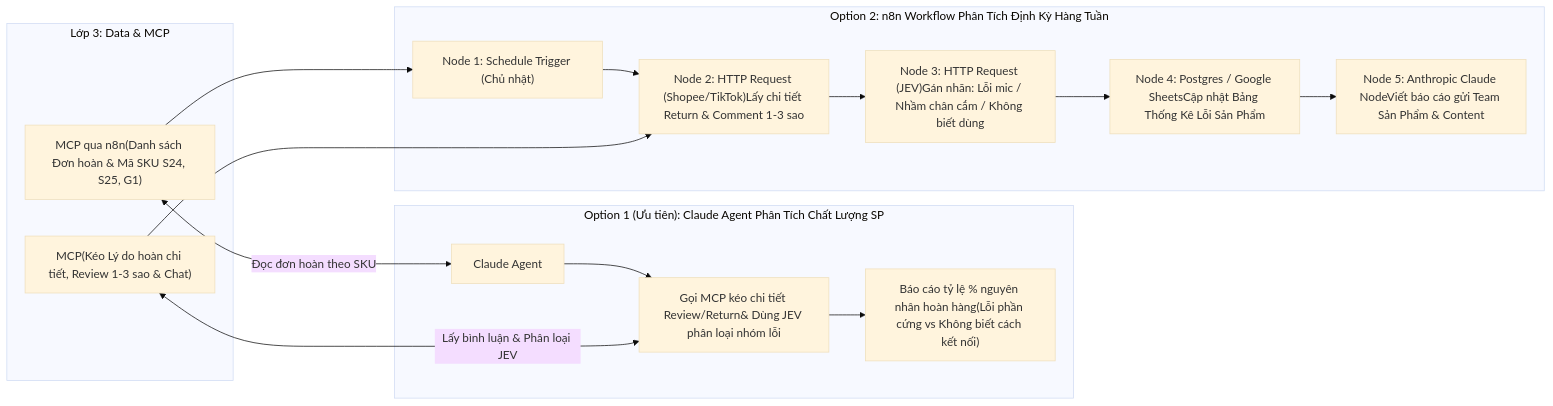
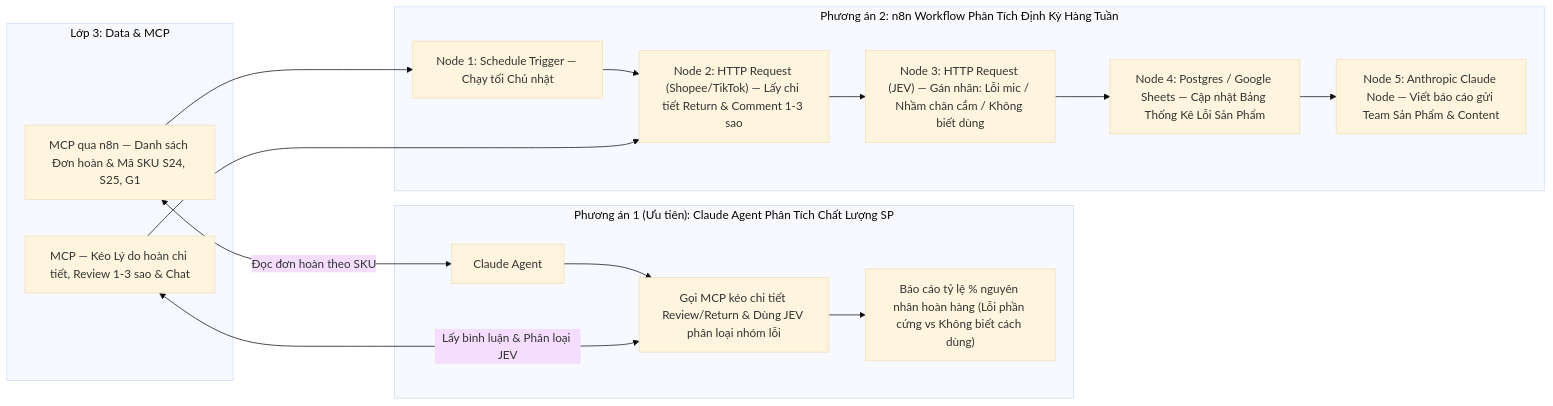
The eighth of 17 diagrams in SYSTEM_ARCHITECTURE.md (hattorimkk/api-docs), drawn with Mermaid (base theme) before and after one commit. The commit also changed other lines of this file, not shown here.

````diff
--- a/SYSTEM_ARCHITECTURE.md
+++ b/SYSTEM_ARCHITECTURE.md
@@ -500,29 +657,29 @@
 ```mermaid
 flowchart LR
-    subgraph L3_RET["Lớp 3: Data & MCP"]
-        R_DATA["MCP qua n8n(Danh sách Đơn hoàn & Mã SKU S24, S25, G1)"]
-        R_API["MCP(Kéo Lý do hoàn chi tiết, Review 1-3 sao & Chat)"]
+    subgraph L3_2C["Lớp 3: Data & MCP"]
+        R_DATA2C["MCP qua n8n — Danh sách Đơn hoàn & Mã SKU S24, S25, G1"]
+        R_API2C["MCP — Kéo Lý do hoàn chi tiết, Review 1-3 sao & Chat"]
     end
 
-    subgraph OPT1_RET["Option 1 (Ưu tiên): Claude Agent Phân Tích Chất Lượng SP"]
-        CLAUDE_R["Claude Agent"]
-        CALL_JEV_R["Gọi MCP kéo chi tiết Review/Return& Dùng JEV phân loại nhóm lỗi"]
-        OUT_R["Báo cáo tỷ lệ % nguyên nhân hoàn hàng(Lỗi phần cứng vs Không biết cách kết nối)"]
-        CLAUDE_R --> CALL_JEV_R --> OUT_R
+    subgraph OPT1_2C["Phương án 1 (Ưu tiên): Claude Agent Phân Tích Chất Lượng SP"]
+        CLAUDE_2C["Claude Agent"]
+        CALL_JEV_2C["Gọi MCP kéo chi tiết Review/Return & Dùng JEV phân loại nhóm lỗi"]
+        OUT_2C["Báo cáo tỷ lệ % nguyên nhân hoàn hàng (Lỗi phần cứng vs Không biết cách dùng)"]
+        CLAUDE_2C --> CALL_JEV_2C --> OUT_2C
     end
 
-    subgraph OPT2_RET["Option 2: n8n Workflow Phân Tích Định Kỳ Hàng Tuần"]
-        NR1["Node 1: Schedule Trigger (Chủ nhật)"]
-        NR2["Node 2: HTTP Request (Shopee/TikTok)Lấy chi tiết Return & Comment 1-3 sao"]
-        NR3["Node 3: HTTP Request (JEV)Gán nhãn: Lỗi mic / Nhầm chân cắm / Không biết dùng"]
-        NR4["Node 4: Postgres / Google SheetsCập nhật Bảng Thống Kê Lỗi Sản Phẩm"]
-        NR5["Node 5: Anthropic Claude NodeViết báo cáo gửi Team Sản Phẩm & Content"]
-        NR1 --> NR2 --> NR3 --> NR4 --> NR5
+    subgraph OPT2_2C["Phương án 2: n8n Workflow Phân Tích Định Kỳ Hàng Tuần"]
+        NR2C_1["Node 1: Schedule Trigger — Chạy tối Chủ nhật"]
+        NR2C_2["Node 2: HTTP Request (Shopee/TikTok) — Lấy chi tiết Return & Comment 1-3 sao"]
+        NR2C_3["Node 3: HTTP Request (JEV) — Gán nhãn: Lỗi mic / Nhầm chân cắm / Không biết dùng"]
+        NR2C_4["Node 4: Postgres / Google Sheets — Cập nhật Bảng Thống Kê Lỗi Sản Phẩm"]
+        NR2C_5["Node 5: Anthropic Claude Node — Viết báo cáo gửi Team Sản Phẩm & Content"]
+        NR2C_1 --> NR2C_2 --> NR2C_3 --> NR2C_4 --> NR2C_5
     end
 
-    R_DATA <-->|"Đọc đơn hoàn theo SKU"| CLAUDE_R
-    R_API <-->|"Lấy bình luận & Phân loại JEV"| CALL_JEV_R
+    R_DATA2C <-->|"Đọc đơn hoàn theo SKU"| CLAUDE_2C
+    R_API2C <-->|"Lấy bình luận & Phân loại JEV"| CALL_JEV_2C
 
-    R_DATA --> NR1
-    R_API --> NR2
+    R_DATA2C --> NR2C_1
+    R_API2C --> NR2C_2
 ```
````
